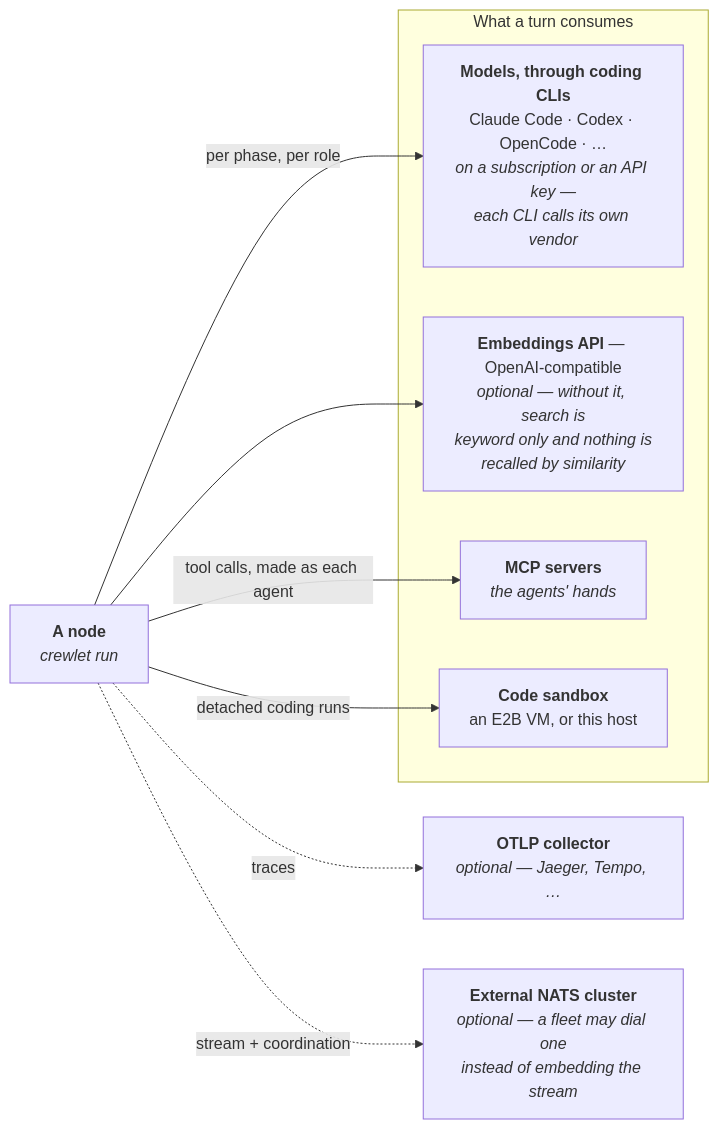
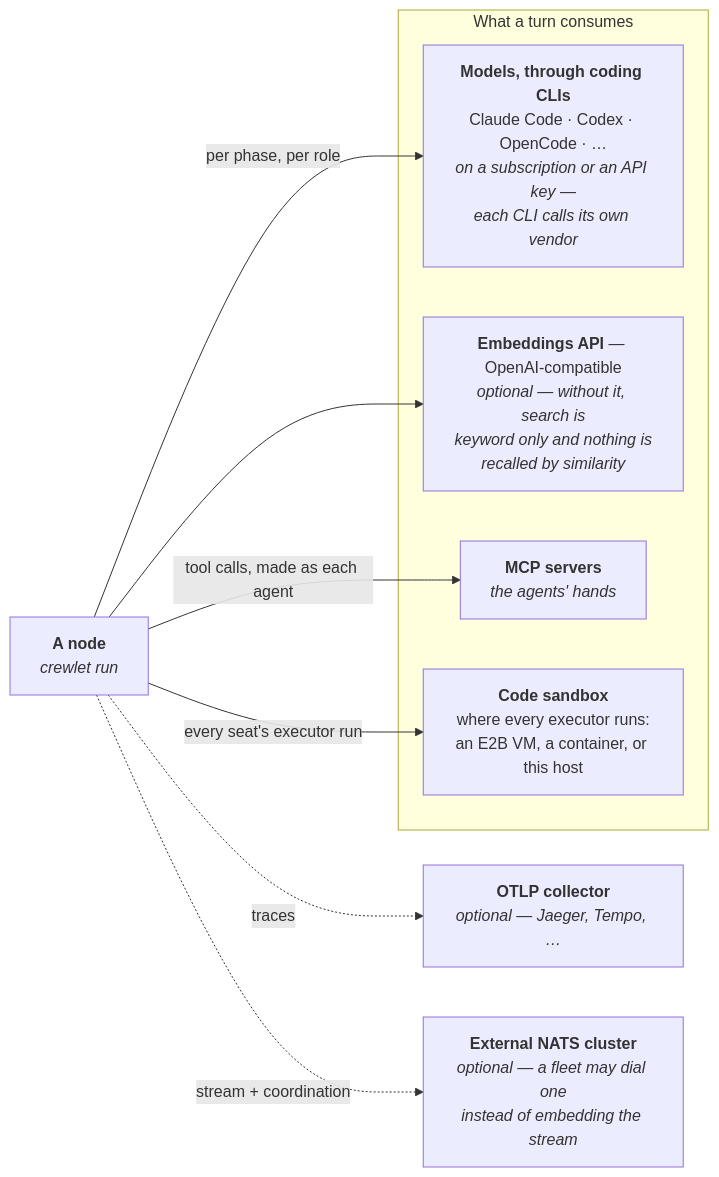
The second of 10 diagrams in docs/concepts/architecture.md (crewlet/crewlet), drawn with Mermaid before and after one commit. The commit also changed other lines of this file and 23 other files, not shown here.

````diff
--- a/docs/concepts/architecture.md
+++ b/docs/concepts/architecture.md
@@ -62,21 +62,21 @@
 ```mermaid
 flowchart LR
     NODE["<b>A node</b><br/><i>crewlet run</i>"]
 
     subgraph supply["What a turn consumes"]
         LLM["<b>Models, through coding CLIs</b><br/>Claude Code · Codex · OpenCode · …<br/><i>on a subscription or an API key —<br/>each CLI calls its own vendor</i>"]
         EMB["<b>Embeddings API</b> — OpenAI-compatible<br/><i>optional — without it, search is<br/>keyword only and nothing is<br/>recalled by similarity</i>"]
         MCPS["<b>MCP servers</b><br/><i>the agents' hands</i>"]
-        BOX["<b>Code sandbox</b><br/>an E2B VM, or this host"]
+        BOX["<b>Code sandbox</b><br/>where every executor runs:<br/>an E2B VM, a container, or this host"]
     end
 
     OTEL["<b>OTLP collector</b><br/><i>optional — Jaeger, Tempo, …</i>"]
     NATS["<b>External NATS cluster</b><br/><i>optional — a fleet may dial one<br/>instead of embedding the stream</i>"]
 
     NODE -->|"per phase, per role"| LLM
     NODE --> EMB
     NODE -->|"tool calls, made as each agent"| MCPS
-    NODE -->|"detached coding runs"| BOX
+    NODE -->|"every seat's executor run"| BOX
     NODE -.->|traces| OTEL
     NODE -.->|"stream + coordination"| NATS
 ```
````
